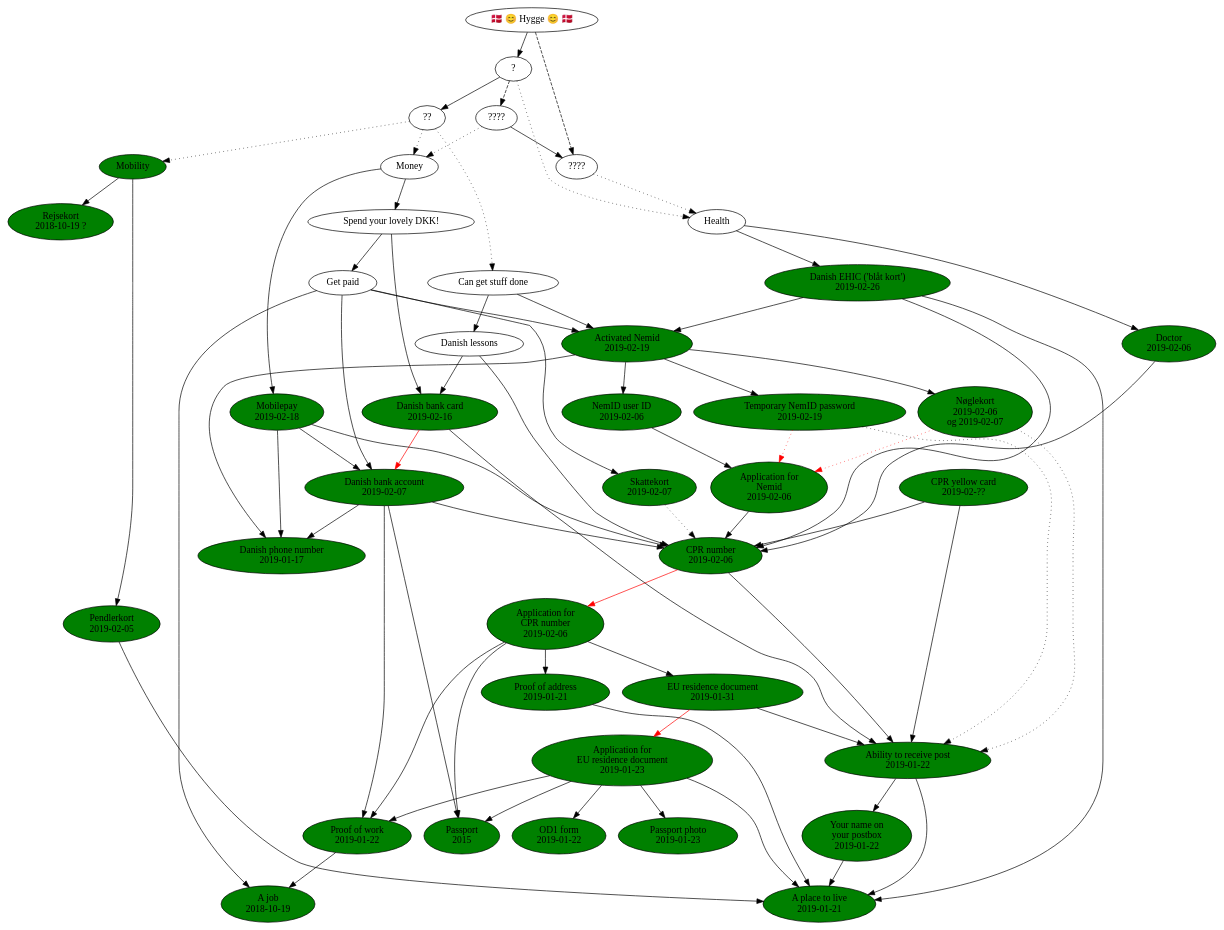
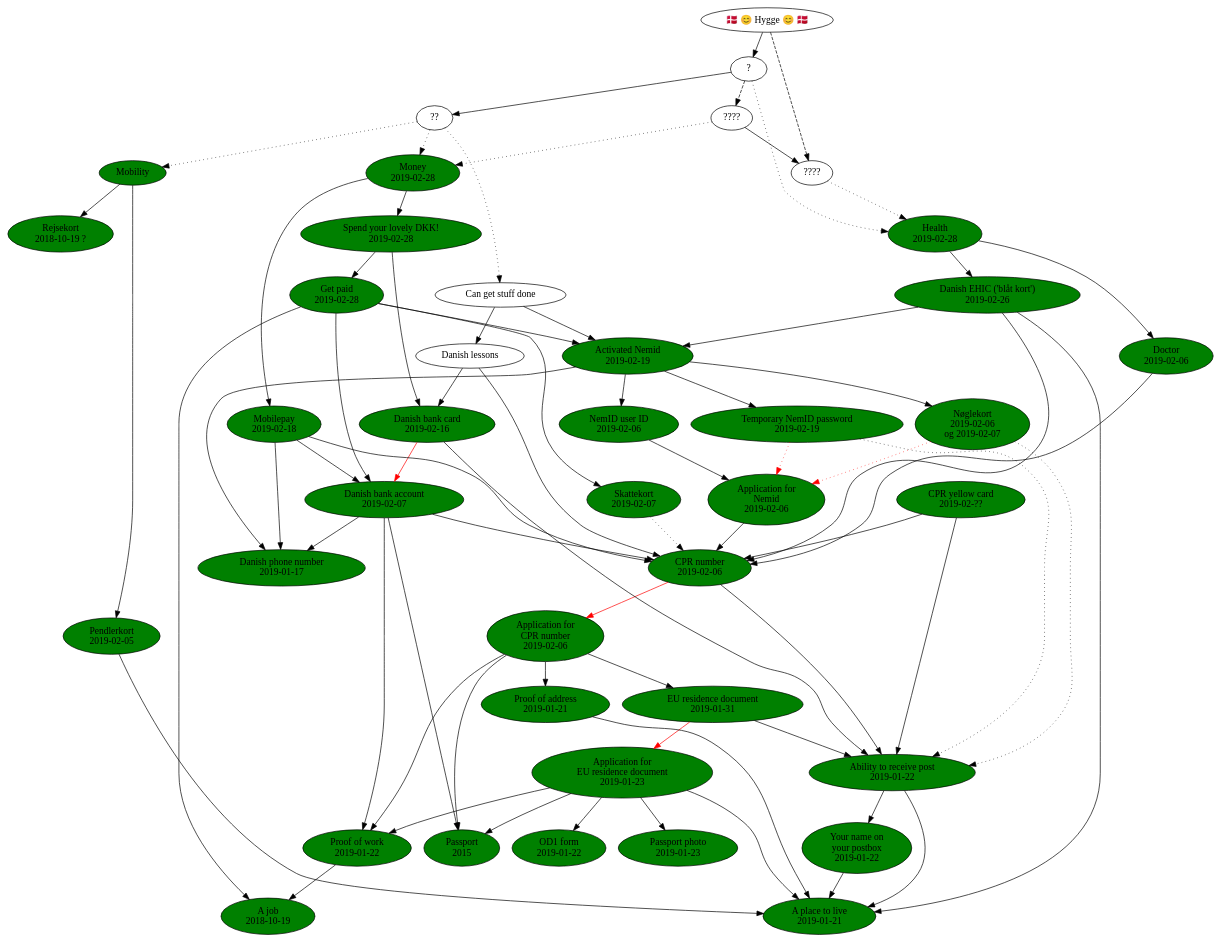
Before and after one commit to NoahBohme/emigrerer-til-danmark: the diagram in flytter-til-danmark.dot, drawn with Graphviz. The commit also changed 2 other files, not shown here.

```diff
--- a/flytter-til-danmark.dot
+++ b/flytter-til-danmark.dot
@@ -1,142 +1,142 @@
 digraph g {
   job [ label="A job\n2018-10-19" style=filled fillcolor=green ]
   proof_of_work [ label="Proof of work\n2019-01-22" style=filled fillcolor=green ]
   proof_of_work -> job
 
   passport [ label="Passport\n2015" style=filled fillcolor=green ]
 
   danish_phone_number [ label="Danish phone number\n2019-01-17" style=filled fillcolor=green ]
   rejsekort [ label="Rejsekort\n2018-10-19 ?" style=filled fillcolor=green ]
 
   place_to_live [ label="A place to live\n2019-01-21" style=filled fillcolor=green ]
 
   name_on_postbox [ label="Your name on\nyour postbox\n2019-01-22" style=filled fillcolor=green ]
   name_on_postbox -> place_to_live
 
   can_receive_post [ label="Ability to receive post\n2019-01-22" style=filled fillcolor=green ]
   can_receive_post -> place_to_live
   can_receive_post -> name_on_postbox
 
   pendlerkort [ label="Pendlerkort\n2019-02-05" style=filled fillcolor=green ]
   pendlerkort -> place_to_live
 
   eu_residence_document_application [ label="Application for\nEU residence document\n2019-01-23" style=filled fillcolor=green ]
   eu_residence_document_application -> place_to_live
   eu_residence_document_application -> proof_of_work
   eu_residence_document_application -> passport
   eu_residence_document_application -> od1_form
   od1_form [ label="OD1 form\n2019-01-22" style=filled fillcolor=green ]
   passport_photo [ label="Passport photo\n2019-01-23" style=filled fillcolor=green ]
   eu_residence_document_application -> passport_photo
 
   eu_residence_document [ label="EU residence document\n2019-01-31" style=filled fillcolor=green ]
   eu_residence_document -> eu_residence_document_application [ color="red" ]
   eu_residence_document -> can_receive_post
 
   cpr_number_application [ label="Application for\nCPR number\n2019-02-06" style=filled fillcolor=green ]
   cpr_number_application -> eu_residence_document
   cpr_number_application -> proof_of_work
   cpr_number_application -> proof_of_address
   cpr_number_application -> passport
 
   cpr_number [ label="CPR number\n2019-02-06" style=filled fillcolor=green ]
   cpr_number -> cpr_number_application [ color="red" ]
   cpr_number -> can_receive_post
   cpr_card [ label="CPR yellow card\n2019-02-??" style=filled fillcolor=green ]
   cpr_card -> cpr_number
   cpr_card -> can_receive_post
 
   proof_of_address [ label="Proof of address\n2019-01-21" style=filled fillcolor=green ]
   proof_of_address -> place_to_live
 
   skattekort [ label="Skattekort\n2019-02-07" style=filled fillcolor=green ]
   skattekort -> cpr_number [ style="dotted" ]
 
   nemid_application [ label="Application for\nNemid\n2019-02-06" style=filled fillcolor=green ]
   nemid_application -> cpr_number
   nemid_userid [ label="NemID user ID\n2019-02-06" style=filled fillcolor=green ]
   nemid_userid -> nemid_application
 
   danish_bank_account [ label="Danish bank account\n2019-02-07" style=filled fillcolor=green ]
   danish_bank_account -> cpr_number
   danish_bank_account -> proof_of_work
   danish_bank_account -> passport
   danish_bank_account -> danish_phone_number
 
   activated_nemid [ label="Activated Nemid\n2019-02-19" style=filled fillcolor=green ]
   activated_nemid -> nemid_userid
   activated_nemid -> danish_phone_number
   noglekort [ label="Nøglekort\n2019-02-06\nog 2019-02-07" style=filled fillcolor=green ]
   midlertidlig_nemid_adgangskode [ label="Temporary NemID password\n2019-02-19" style=filled fillcolor=green ]
   activated_nemid -> noglekort
   activated_nemid -> midlertidlig_nemid_adgangskode
   noglekort -> nemid_application [ style="dotted" color="red" ]
   midlertidlig_nemid_adgangskode -> nemid_application [ style="dotted" color="red" ]
   noglekort -> can_receive_post [ style="dotted" ]
   midlertidlig_nemid_adgangskode -> can_receive_post [ style="dotted" ]
 
   ehic [ label="Danish EHIC ('blåt kort')\n2019-02-26" style=filled fillcolor=green ]
   ehic -> cpr_number
   ehic -> activated_nemid
   ehic -> place_to_live
 
   doctor [ label="Doctor\n2019-02-06" style=filled fillcolor=green ]
   doctor -> cpr_number
 
-  get_paid [ label="Get paid" ]
+  get_paid [ label="Get paid\n2019-02-28" style=filled fillcolor=green ]
   get_paid -> job
   get_paid -> skattekort
   get_paid -> danish_bank_account
   get_paid -> activated_nemid
 
   danish_lessions [ label="Danish lessons" ]
   danish_lessions -> cpr_number
   danish_lessions -> danish_bank_card
 
   danish_bank_card [ label="Danish bank card\n2019-02-16" style=filled fillcolor=green ]
   danish_bank_card -> danish_bank_account [ color="red" ]
   danish_bank_card -> can_receive_post
 
-  spend_lovely_dkk [ label="Spend your lovely DKK!" ]
+  spend_lovely_dkk [ label="Spend your lovely DKK!\n2019-02-28" style=filled fillcolor=green ]
   spend_lovely_dkk -> get_paid
   spend_lovely_dkk -> danish_bank_card
 
   mobilepay [ label="Mobilepay\n2019-02-18" style=filled fillcolor=green ]
   mobilepay -> cpr_number
   mobilepay -> danish_phone_number
   mobilepay -> danish_bank_account
 
   // Det endeligt mål
   hygge [ label="🇩🇰 😊 Hygge 😊 🇩🇰" ]
   // Deliberately vague so as not to imply that (a) hygge has a formula, or
   // (b) it depends on any of the named things
   hygge -> magi4 [ style=dashed ]
   hygge -> magi1
   magi1 [ label="?" ]
   magi4 [ label="????" ]
   magi2 [ label="??" ]
   magi3 [ label="????" ]
   magi3 -> magi4
   magi1 -> magi2
   magi1 -> magi3 [ style=dashed ]
 
   magi1 -> helbred [ style=dotted ]
   magi2 -> penge [ style=dotted ]
 
   magi4 -> helbred [ style=dotted ]
-  helbred [ label="Health" ]
+  helbred [ label="Health\n2019-02-28" style=filled fillcolor=green ]
   helbred -> doctor
   helbred -> ehic
   magi3 -> penge [ style=dotted ]
-  penge [ label="Money" ]
+  penge [ label="Money\n2019-02-28" style=filled fillcolor=green ]
   penge -> spend_lovely_dkk
   penge -> mobilepay
   magi2 -> rejser [ style=dotted ]
   rejser [ label="Mobility" style=filled fillcolor=green ]
   rejser -> pendlerkort
   rejser -> rejsekort
   magi2 -> faa_ting_gjort [ style=dotted ]
   faa_ting_gjort [ label="Can get stuff done" ]
   faa_ting_gjort -> activated_nemid
   faa_ting_gjort -> danish_lessions
 }
```
